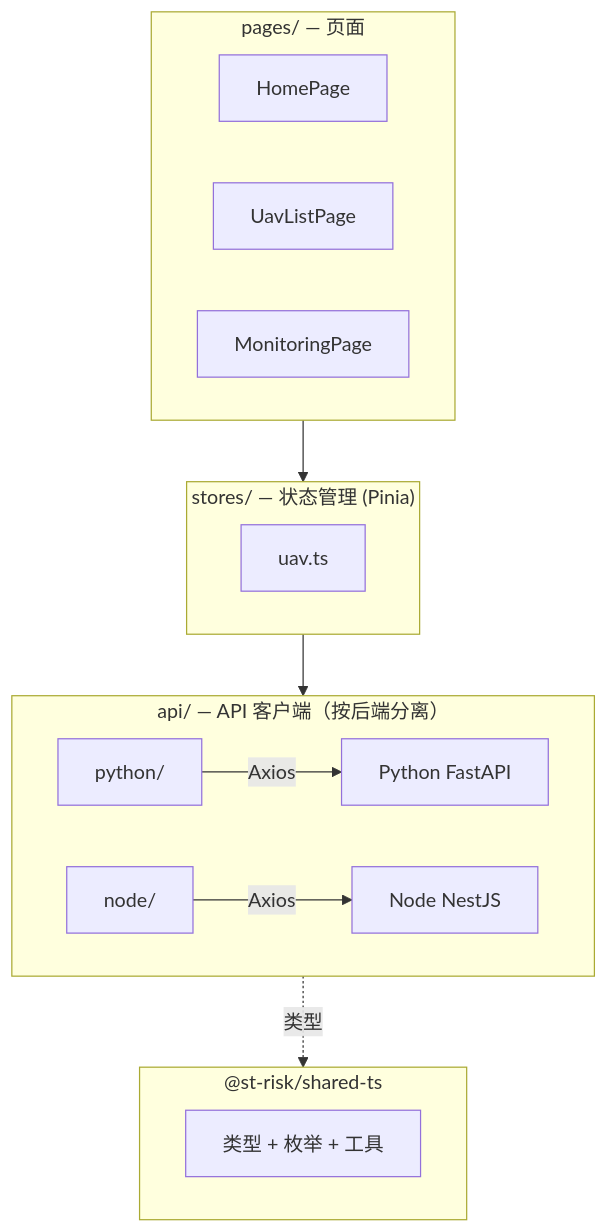
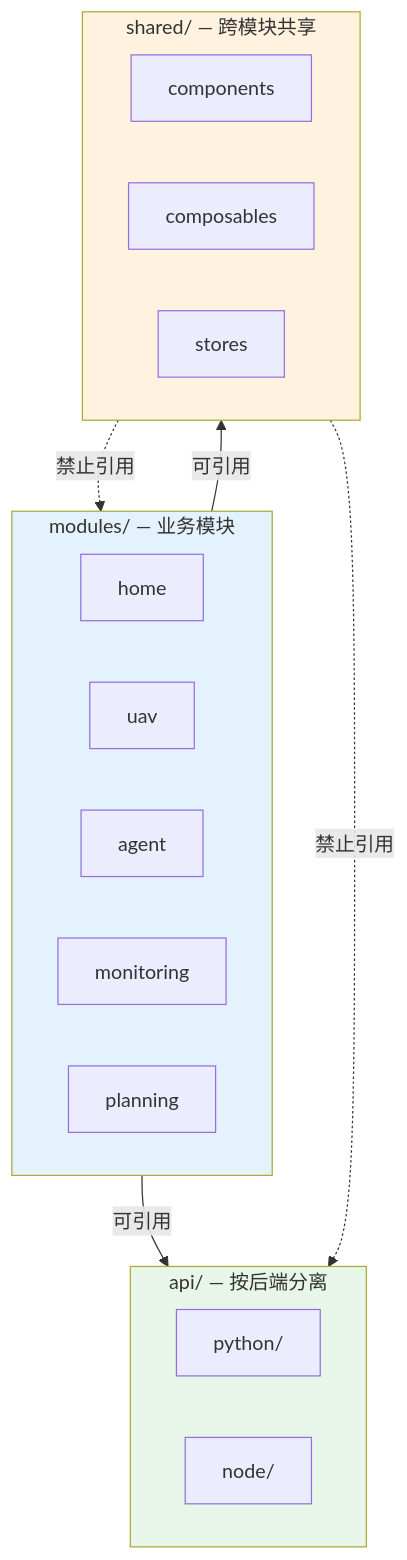
Before and after one commit to 909347194/ST-Risk-For-UAV: the second of 4 diagrams in apps/client/web-frontend/README.md, drawn with Mermaid. The commit also changed other lines of this file and 19 other files, not shown here.

First line of the commit message:
refactor: 前端模块化 — pages/ 升级为 modules/ 内聚结构

````diff
--- a/apps/client/web-frontend/README.md
+++ b/apps/client/web-frontend/README.md
@@ -61,25 +50,30 @@
 ```mermaid
 graph TB
-    subgraph pages["pages/ — 页面"]
-        P1[HomePage]
-        P2[UavListPage]
-        P3[MonitoringPage]
+    subgraph modules["modules/ — 业务模块"]
+        M1[home]
+        M2[uav]
+        M3[agent]
+        M4[monitoring]
+        M5[planning]
     end
 
-    subgraph stores["stores/ — 状态管理 (Pinia)"]
-        S1[uav.ts]
+    subgraph shared["shared/ — 跨模块共享"]
+        S1[components]
+        S2[composables]
+        S3[stores]
     end
 
-    subgraph api["api/ — API 客户端（按后端分离）"]
-        A1[python/] -->|Axios| PY[Python FastAPI]
-        A2[node/] -->|Axios| NODE[Node NestJS]
+    subgraph api["api/ — 按后端分离"]
+        A1[python/]
+        A2[node/]
     end
 
-    subgraph shared["@st-risk/shared-ts"]
-        T[类型 + 枚举 + 工具]
-    end
+    modules -->|可引用| api
+    modules -->|可引用| shared
+    shared -.->|禁止引用| modules
+    shared -.->|禁止引用| api
 
-    pages --> stores
-    stores --> api
-    api -.->|类型| shared
+    style modules fill:#e3f2fd
+    style shared fill:#fff3e0
+    style api fill:#e8f5e9
 ```
````
